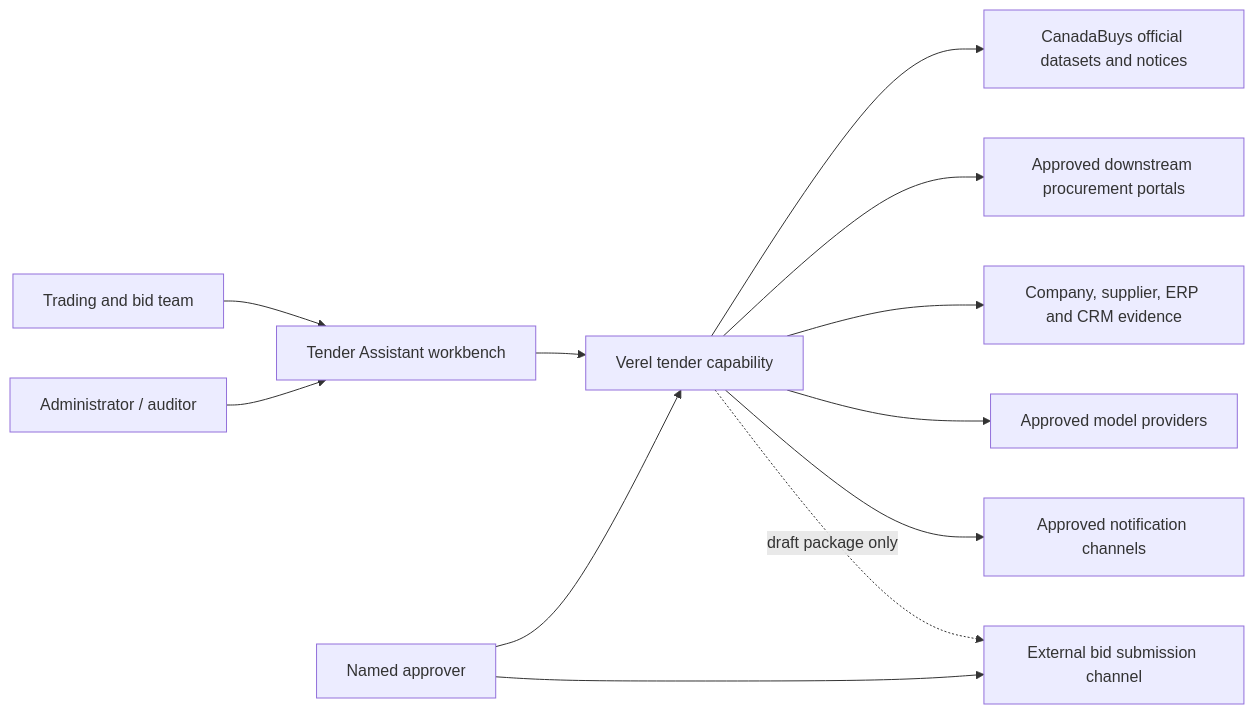
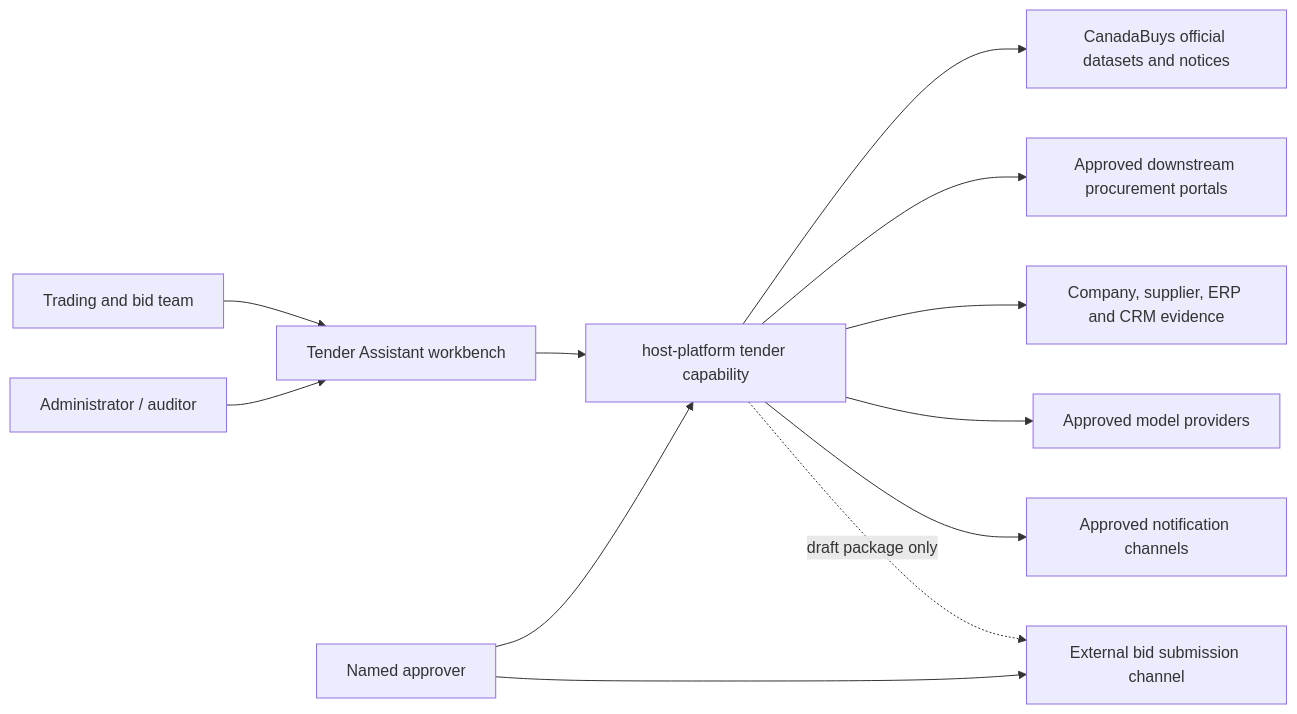
One commit to databadger-ai/tenderizor changed the first of 4 diagrams in 02-ARCHITECTURE.md. Above: the diagram before and after it, drawn with Mermaid. The commit also changed other lines of this file and 7 other files, not shown here.

```diff
--- a/02-ARCHITECTURE.md
+++ b/02-ARCHITECTURE.md
@@ -33,16 +33,16 @@
 ~~~mermaid
 flowchart LR
     Team["Trading and bid team"] --> UI["Tender Assistant workbench"]
     Admin["Administrator / auditor"] --> UI
-    UI --> Platform["Verel tender capability"]
+    UI --> Platform["host-platform tender capability"]
 
     Platform --> CB["CanadaBuys official datasets and notices"]
     Platform --> Portals["Approved downstream procurement portals"]
     Platform --> Company["Company, supplier, ERP and CRM evidence"]
     Platform --> Models["Approved model providers"]
     Platform --> Notify["Approved notification channels"]
 
     Human["Named approver"] --> Platform
     Platform -. "draft package only" .-> Submit["External bid submission channel"]
     Human --> Submit
 ~~~
```
